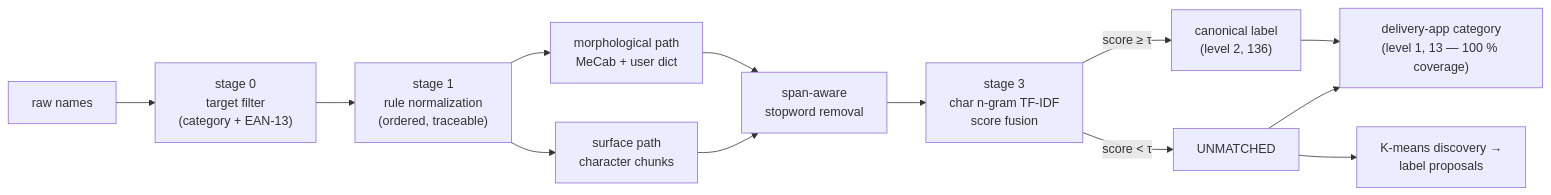
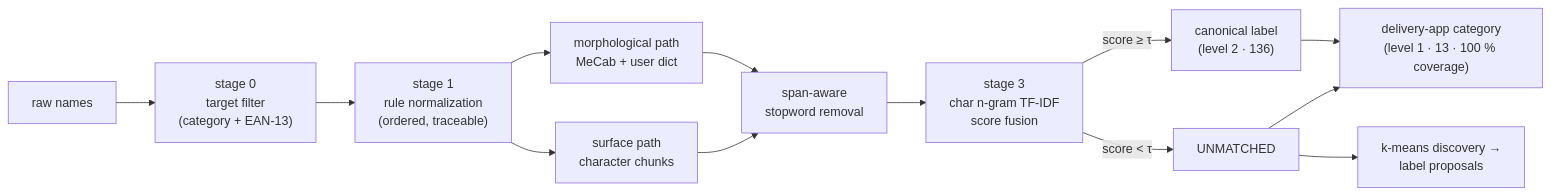
Before and after one commit to pmy02/Menunorm: the diagram in README.md, drawn with Mermaid. The commit also changed other lines of this file and 18 other files, not shown here.

First line of the commit message:
v3.0.0: two-level standardization with delivery-app categories

````diff
--- a/README.md
+++ b/README.md
@@ -58,15 +152,15 @@
 ```mermaid
 flowchart LR
     A[raw names] --> B["stage 0<br/>target filter<br/>(category + EAN-13)"]
     B --> C["stage 1<br/>rule normalization<br/>(ordered, traceable)"]
     C --> D1["morphological path<br/>MeCab + user dict"]
     C --> D2["surface path<br/>character chunks"]
     D1 --> E["span-aware<br/>stopword removal"]
     D2 --> E
     E --> F["stage 3<br/>char n-gram TF-IDF<br/>score fusion"]
-    F -->|"score ≥ τ"| G["canonical label<br/>(level 2, 136)"]
+    F -->|"score ≥ τ"| G["canonical label<br/>(level 2 · 136)"]
     F -->|"score < τ"| H[UNMATCHED]
-    G --> J["delivery-app category<br/>(level 1, 13 — 100 % coverage)"]
+    G --> J["delivery-app category<br/>(level 1 · 13 · 100 % coverage)"]
     H --> J
-    H --> I["K-means discovery →<br/>label proposals"]
+    H --> I["k-means discovery →<br/>label proposals"]
 ```
````
